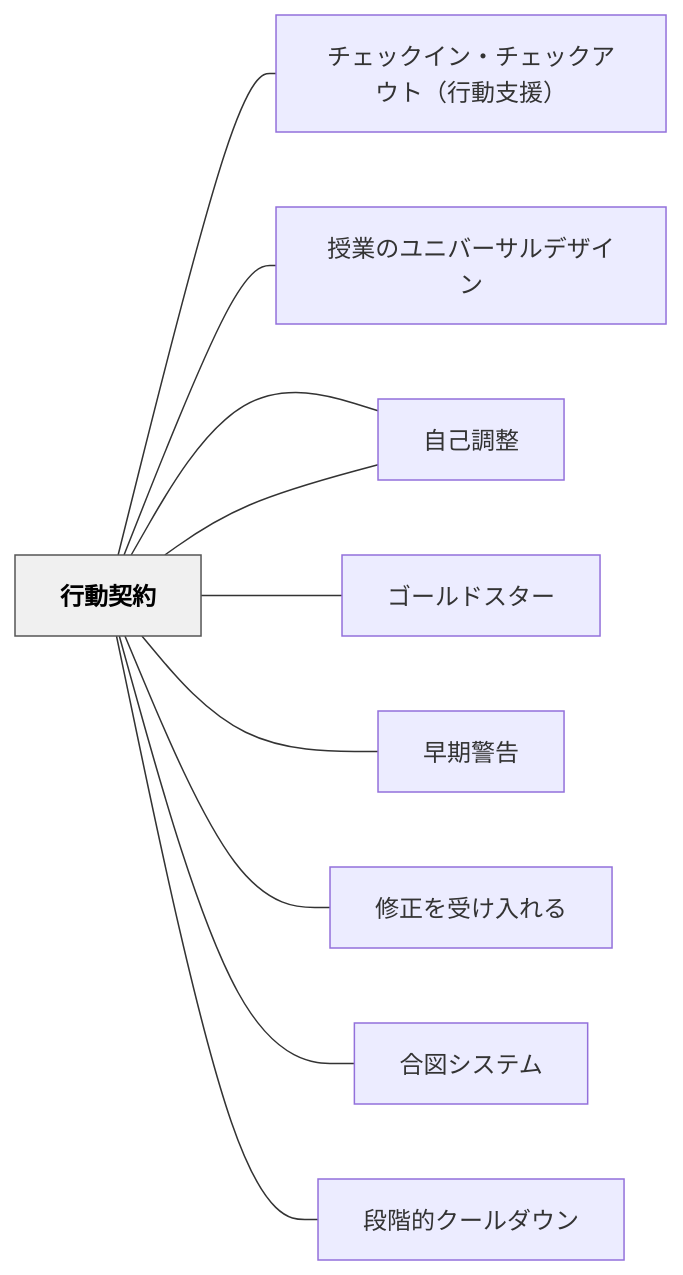
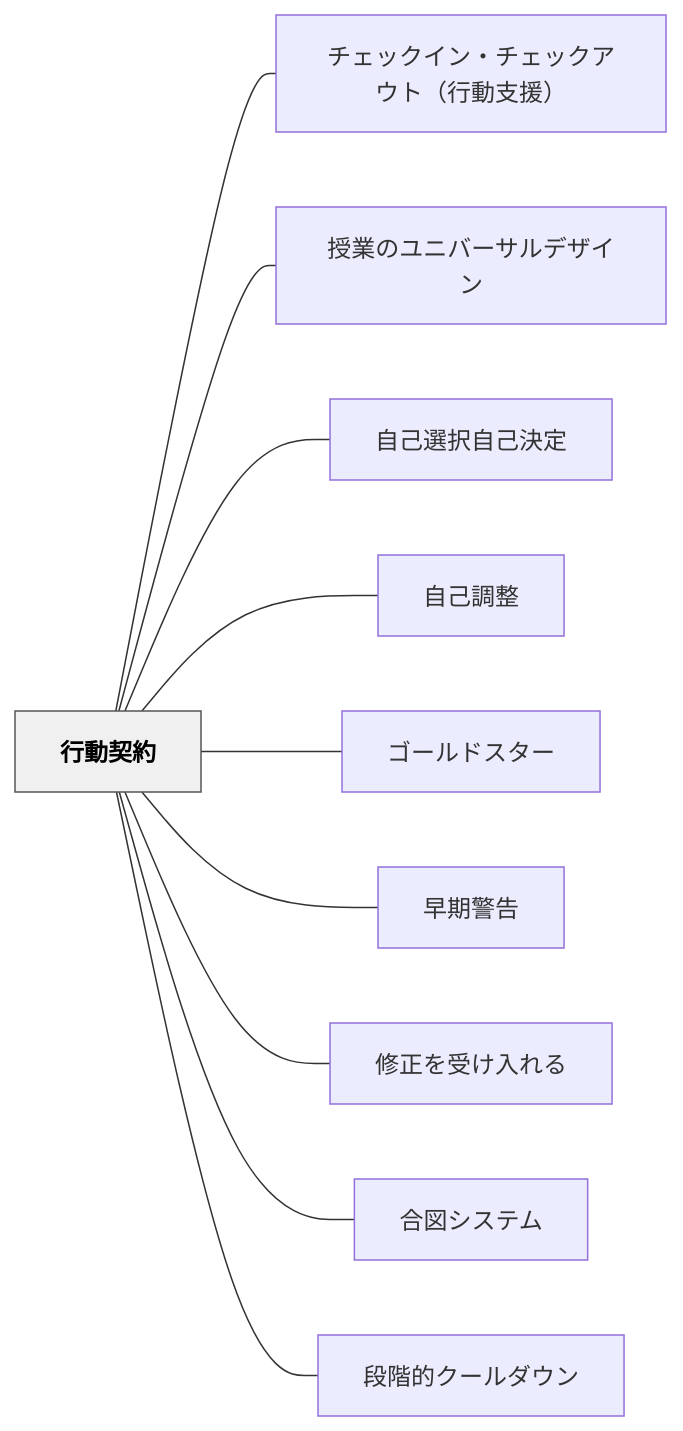
One commit to unknownthings-ed-patterns/unknownthings-ed-patterns changed the diagram in content/パタン/行動契約.md. Above: the diagram before and after it, drawn with Mermaid. The commit also changed 527 other files, not shown here.

````diff
--- a/content/パタン/行動契約.md
+++ b/content/パタン/行動契約.md
@@ -113,26 +113,26 @@
 ```mermaid
 flowchart LR
-    ne8a18ce58b95["行動契約"]
-    ne38381e382a7["チェックイン・チェックアウト（行動支援）"]
-    ne68e88e6a5ad["授業のユニバーサルデザイン"]
-    ne887aae5b7b1["自己選択自己決定"]
-    ne887aae5b7b1["自己調整"]
-    ne382b4e383bc["ゴールドスター"]
-    ne697a9e69c9f["早期警告"]
-    ne4bfaee6ada3["修正を受け入れる"]
-    ne59088e59bb3["合図システム"]
-    ne6aeb5e99a8e["段階的クールダウン"]
+    ne8a18ce58b95e5a591e7b484["行動契約"]
+    ne38381e382a7e38383e382afe382a4e383b3e383bbe38381e382a7e38383e382afe382a2e382a6e38388efbc88e8a18ce58b95e694afe68fb4efbc89["チェックイン・チェックアウト（行動支援）"]
+    ne68e88e6a5ade381aee383a6e3838be38390e383bce382b5e383abe38387e382b6e382a4e383b3["授業のユニバーサルデザイン"]
+    ne887aae5b7b1e981b8e68a9ee887aae5b7b1e6b1bae5ae9a["自己選択自己決定"]
+    ne887aae5b7b1e8aabfe695b4["自己調整"]
+    ne382b4e383bce383abe38389e382b9e382bfe383bc["ゴールドスター"]
+    ne697a9e69c9fe8ada6e5918a["早期警告"]
+    ne4bfaee6ada3e38292e58f97e38191e585a5e3828ce3828b["修正を受け入れる"]
+    ne59088e59bb3e382b7e382b9e38386e383a0["合図システム"]
+    ne6aeb5e99a8ee79a84e382afe383bce383abe38380e382a6e383b3["段階的クールダウン"]
 
-    ne8a18ce58b95 --- ne38381e382a7
-    ne8a18ce58b95 --- ne68e88e6a5ad
-    ne8a18ce58b95 --- ne887aae5b7b1
-    ne8a18ce58b95 --- ne887aae5b7b1
-    ne8a18ce58b95 --- ne382b4e383bc
-    ne8a18ce58b95 --- ne697a9e69c9f
-    ne8a18ce58b95 --- ne4bfaee6ada3
-    ne8a18ce58b95 --- ne59088e59bb3
-    ne8a18ce58b95 --- ne6aeb5e99a8e
+    ne8a18ce58b95e5a591e7b484 --- ne38381e382a7e38383e382afe382a4e383b3e383bbe38381e382a7e38383e382afe382a2e382a6e38388efbc88e8a18ce58b95e694afe68fb4efbc89
+    ne8a18ce58b95e5a591e7b484 --- ne68e88e6a5ade381aee383a6e3838be38390e383bce382b5e383abe38387e382b6e382a4e383b3
+    ne8a18ce58b95e5a591e7b484 --- ne887aae5b7b1e981b8e68a9ee887aae5b7b1e6b1bae5ae9a
+    ne8a18ce58b95e5a591e7b484 --- ne887aae5b7b1e8aabfe695b4
+    ne8a18ce58b95e5a591e7b484 --- ne382b4e383bce383abe38389e382b9e382bfe383bc
+    ne8a18ce58b95e5a591e7b484 --- ne697a9e69c9fe8ada6e5918a
+    ne8a18ce58b95e5a591e7b484 --- ne4bfaee6ada3e38292e58f97e38191e585a5e3828ce3828b
+    ne8a18ce58b95e5a591e7b484 --- ne59088e59bb3e382b7e382b9e38386e383a0
+    ne8a18ce58b95e5a591e7b484 --- ne6aeb5e99a8ee79a84e382afe383bce383abe38380e382a6e383b3
 
     classDef hub fill:#f0f0f0,stroke:#555,color:#000,font-weight:bold
-    class ne8a18ce58b95 hub
+    class ne8a18ce58b95e5a591e7b484 hub
 ```
````
